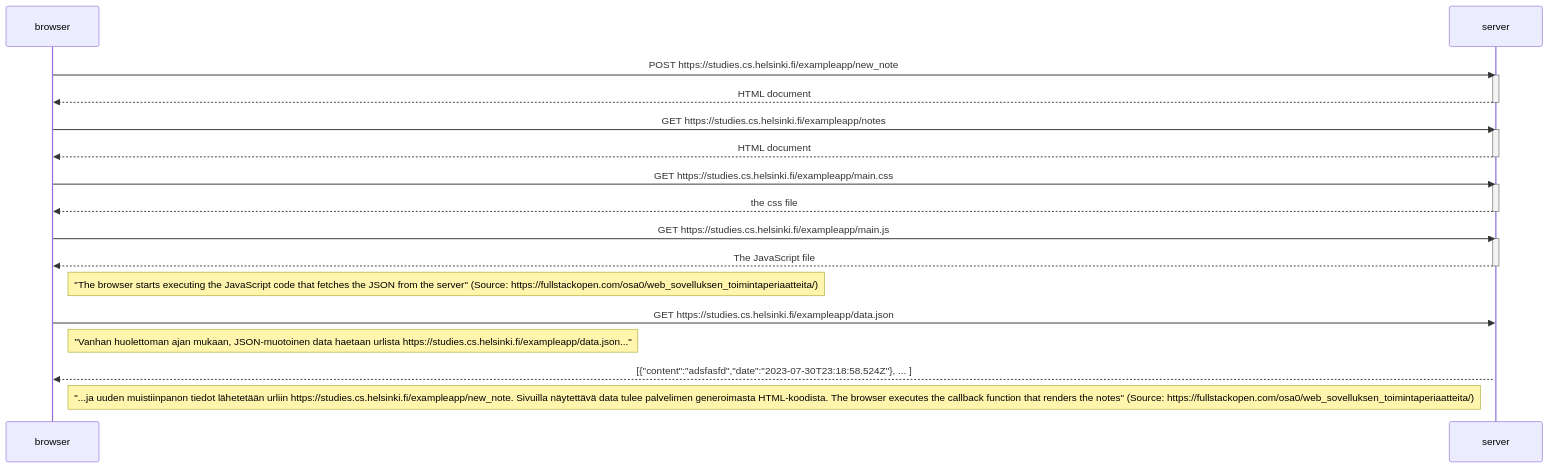
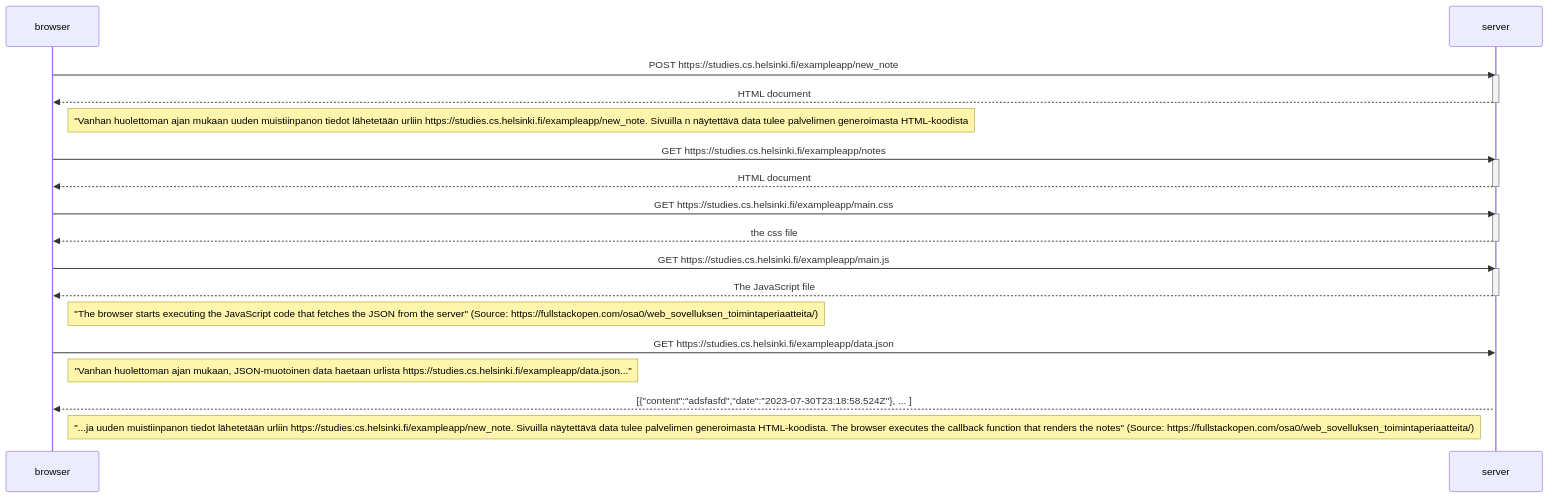
One commit to alelikak/fullstackopen changed the diagram in 04.md. Above: the diagram before and after it, drawn with Mermaid.

````diff
--- a/04.md
+++ b/04.md
@@ -1,35 +1,36 @@
 ```mermaid
 sequenceDiagram
     participant browser
     participant server
 
     browser->>server: POST https://studies.cs.helsinki.fi/exampleapp/new_note
     activate server
     server-->>browser: HTML document
     deactivate server
+    Note right of browser:"Vanhan huolettoman ajan mukaan uuden muistiinpanon tiedot lähetetään urliin https://studies.cs.helsinki.fi/exampleapp/new_note. Sivuilla n näytettävä data tulee palvelimen generoimasta HTML-koodista
     
     browser->>server: GET https://studies.cs.helsinki.fi/exampleapp/notes
     activate server
     server-->>browser: HTML document
     deactivate server
     
     browser->>server: GET https://studies.cs.helsinki.fi/exampleapp/main.css
     activate server
     server-->>browser: the css file
     deactivate server
     
     
     browser->>server: GET https://studies.cs.helsinki.fi/exampleapp/main.js
     activate server
     server-->>browser: The JavaScript file
     deactivate server    
 
     Note right of browser: "The browser starts executing the JavaScript code that fetches the JSON from the server" (Source: https://fullstackopen.com/osa0/web_sovelluksen_toimintaperiaatteita/)
     
 
     browser->>server: GET https://studies.cs.helsinki.fi/exampleapp/data.json
 Note right of browser: "Vanhan huolettoman ajan mukaan, JSON-muotoinen data haetaan urlista https://studies.cs.helsinki.fi/exampleapp/data.json..."
     activate server
     server-->>browser: [{"content":"adsfasfd","date":"2023-07-30T23:18:58.524Z"}, ... ]
     Note right of browser: "...ja uuden muistiinpanon tiedot lähetetään urliin https://studies.cs.helsinki.fi/exampleapp/new_note. Sivuilla näytettävä data tulee palvelimen generoimasta HTML-koodista. The browser executes the callback function that renders the notes" (Source: https://fullstackopen.com/osa0/web_sovelluksen_toimintaperiaatteita/)
 ```
````
